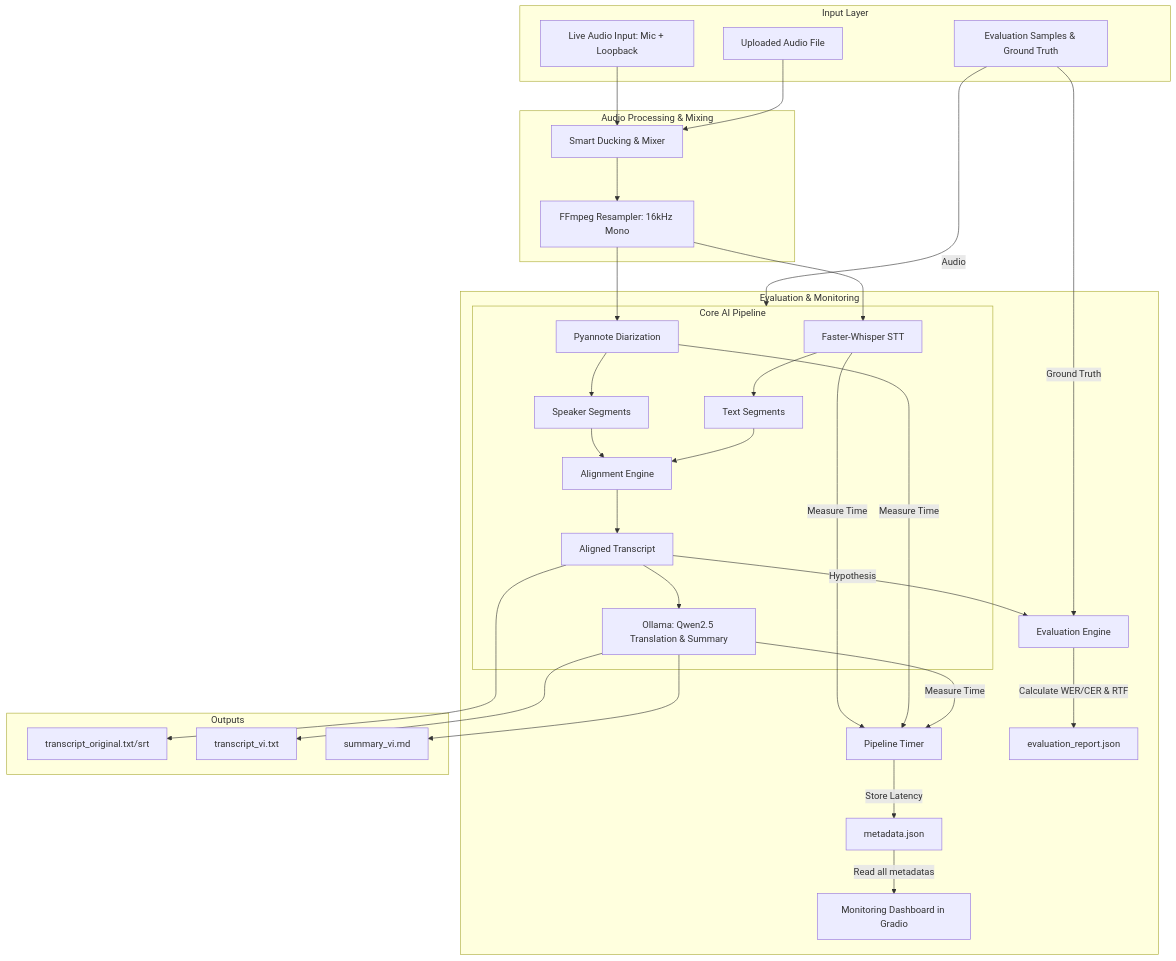
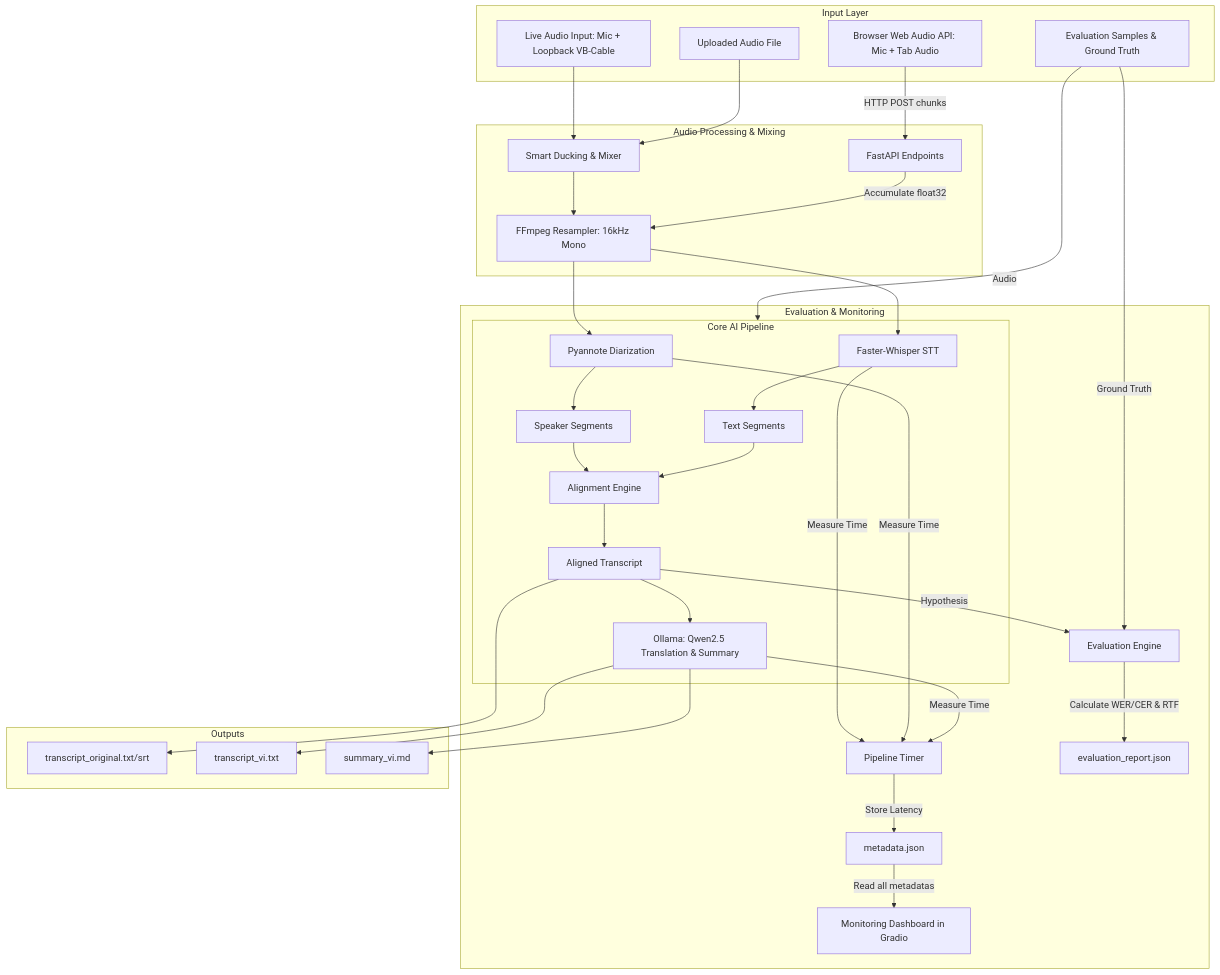
One commit to anhnguyenvv/meeting-transcriber changed the diagram in README.md. Above: the diagram before and after it, drawn with Mermaid. The commit also changed other lines of this file, not shown here.

Commit message:
feat: add browser live capture tech stack and fastapi system architecture to README

````diff
--- a/README.md
+++ b/README.md
@@ -11,46 +11,49 @@
 ```mermaid
 flowchart TD
     subgraph Input_Layer [Input Layer]
-        A1[Live Audio Input: Mic + Loopback]
+        A1[Live Audio Input: Mic + Loopback VB-Cable]
         A2[Uploaded Audio File]
         A3[Evaluation Samples & Ground Truth]
+        A4[Browser Web Audio API: Mic + Tab Audio]
     end
 
     subgraph Audio_Processing [Audio Processing & Mixing]
         B1[Smart Ducking & Mixer] --> B2[FFmpeg Resampler: 16kHz Mono]
+        A4 --> |HTTP POST chunks| B3[FastAPI Endpoints]
+        B3 --> |Accumulate float32| B2
     end
 
     subgraph Core_AI_Pipeline [Core AI Pipeline]
         C1[Pyannote Diarization] --> C2[Speaker Segments]
         B2 --> C1
         B2 --> C3[Faster-Whisper STT]
         C3 --> C4[Text Segments]
         C2 & C4 --> C5[Alignment Engine]
         C5 --> C6[Aligned Transcript]
         C6 --> C7[Ollama: Qwen2.5 Translation & Summary]
     end
 
     subgraph MLOps_Monitoring [Evaluation & Monitoring]
         C3 --> |Measure Time| M1[Pipeline Timer]
         C1 --> |Measure Time| M1
         C7 --> |Measure Time| M1
         M1 --> |Store Latency| M2[metadata.json]
         
         A3 --> |Audio| Core_AI_Pipeline
         C6 --> |Hypothesis| E1[Evaluation Engine]
         A3 --> |Ground Truth| E1
         E1 --> |Calculate WER/CER & RTF| E2[evaluation_report.json]
         
         M2 --> |Read all metadatas| D1[Monitoring Dashboard in Gradio]
     end
 
     subgraph Output_Layer [Outputs]
         O1[transcript_original.txt/srt]
         O2[transcript_vi.txt]
         O3[summary_vi.md]
     end
 
     A1 & A2 --> B1
     C6 --> O1
     C7 --> O2 & O3
 ```
````
